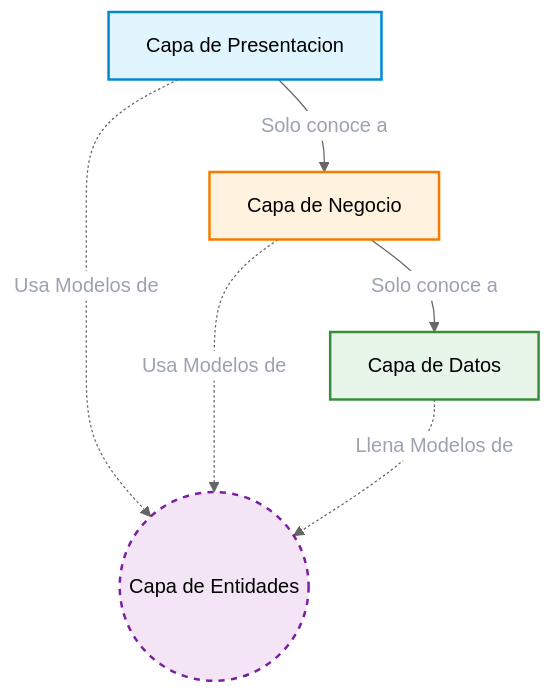
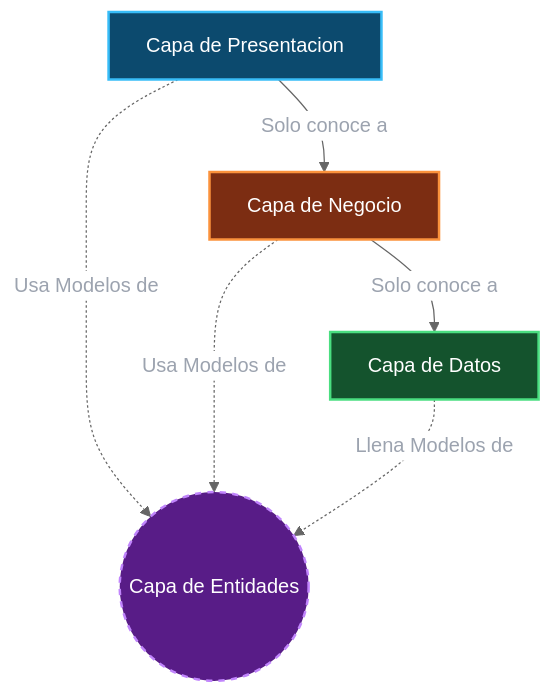
One commit to mar991-c/Manual-linQ changed the diagram in docs/arquitectura.md. Above: the diagram before and after it, drawn with Mermaid (neutral theme). The commit also changed other lines of this file, not shown here.

Commit message:
docs: actualizar

````diff
--- a/docs/arquitectura.md
+++ b/docs/arquitectura.md
@@ -59,17 +59,17 @@
 ```mermaid
 graph TD
     A[Capa de Presentacion] -->|Solo conoce a| B[Capa de Negocio]
     B -->|Solo conoce a| C[Capa de Datos]
     D((Capa de Entidades))
- 
+
     A -.->|Usa Modelos de| D
     B -.->|Usa Modelos de| D
     C -.->|Llena Modelos de| D
- 
-    style A fill:#e1f5fe,stroke:#0288d1,stroke-width:2px,color:#000
-    style B fill:#fff3e0,stroke:#f57c00,stroke-width:2px,color:#000
-    style C fill:#e8f5e9,stroke:#388e3c,stroke-width:2px,color:#000
-    style D fill:#f3e5f5,stroke:#7b1fa2,stroke-width:2px,stroke-dasharray: 5 5,color:#000
- 
+
+    style A fill:#0c4a6e,stroke:#38bdf8,stroke-width:2px,color:#ffffff
+    style B fill:#7c2d12,stroke:#fb923c,stroke-width:2px,color:#ffffff
+    style C fill:#14532d,stroke:#4ade80,stroke-width:2px,color:#ffffff
+    style D fill:#581c87,stroke:#c084fc,stroke-width:2px,stroke-dasharray: 5 5,color:#ffffff
+
     linkStyle default color:#9ca3af
 ```
````
